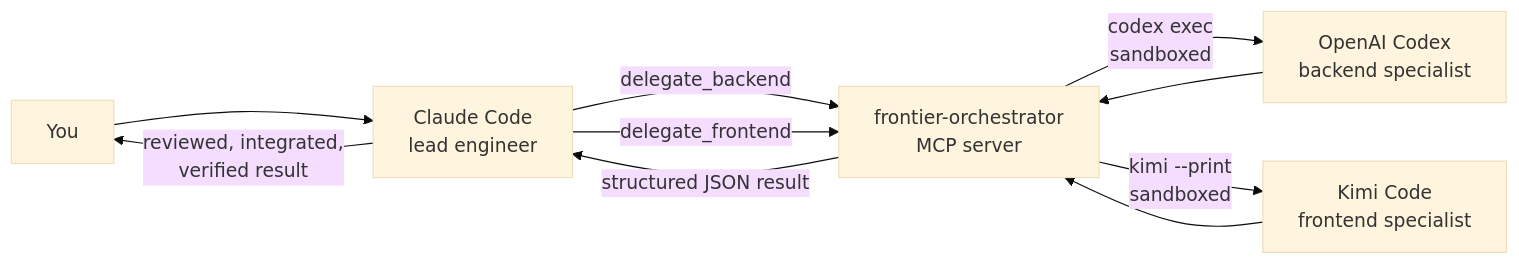
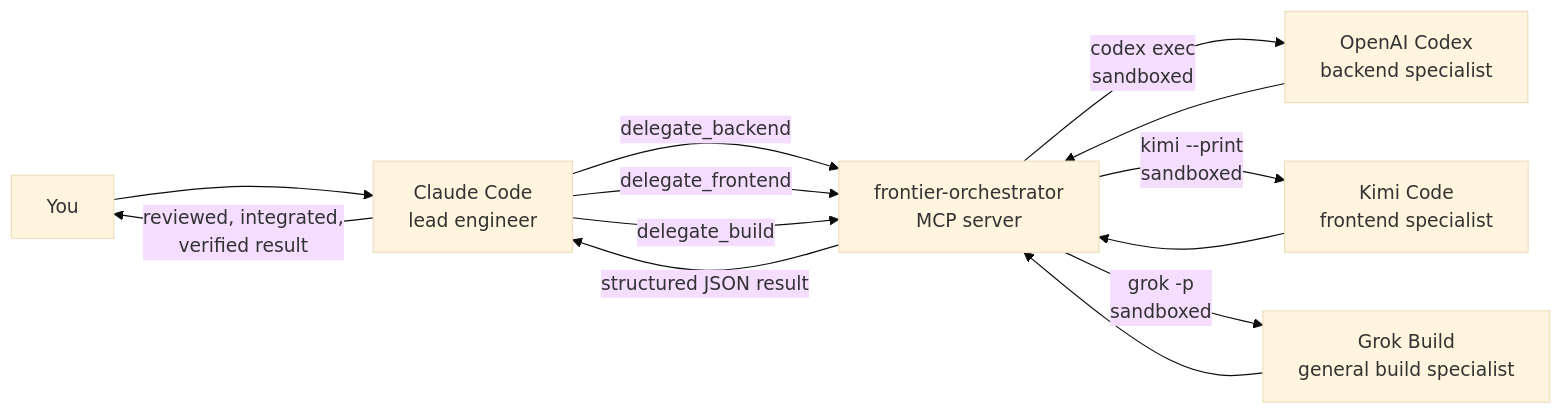
Before and after one commit to luckeyfaraday/frontier-orchestrator: the diagram in README.md, drawn with Mermaid (base theme). The commit also changed other lines of this file and 9 other files, not shown here.

Commit message:
feat: add Grok Build specialist

````diff
--- a/README.md
+++ b/README.md
@@ -25,12 +26,15 @@
 ```mermaid
 flowchart LR
     U[You] --> C[Claude Code<br/>lead engineer]
     C -->|delegate_backend| M[frontier-orchestrator<br/>MCP server]
     C -->|delegate_frontend| M
+    C -->|delegate_build| M
     M -->|codex exec<br/>sandboxed| X[OpenAI Codex<br/>backend specialist]
     M -->|kimi --print<br/>sandboxed| K[Kimi Code<br/>frontend specialist]
+    M -->|grok -p<br/>sandboxed| G[Grok Build<br/>general build specialist]
     X --> M
     K --> M
+    G --> M
     M -->|structured JSON result| C
     C -->|reviewed, integrated,<br/>verified result| U
 ```
````
